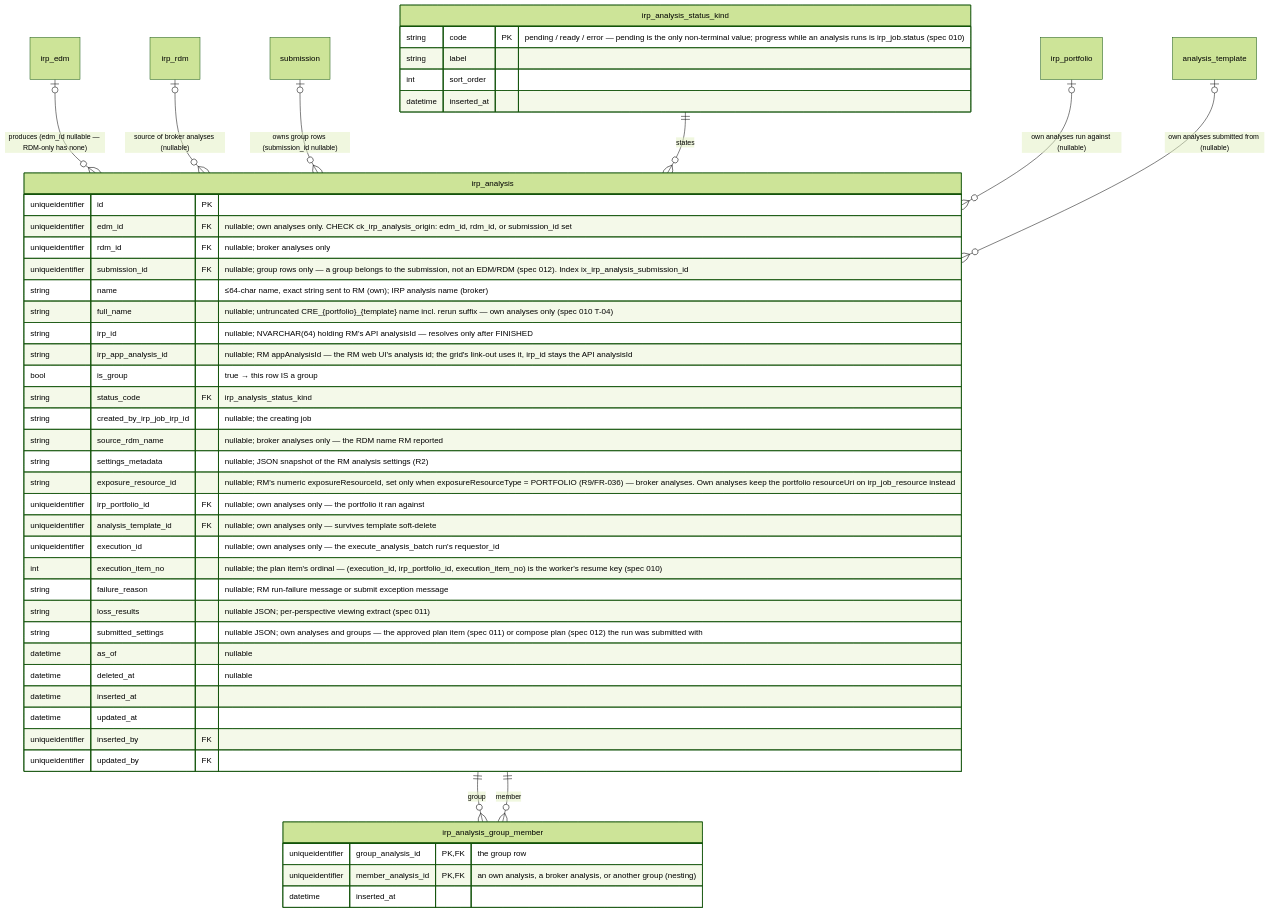
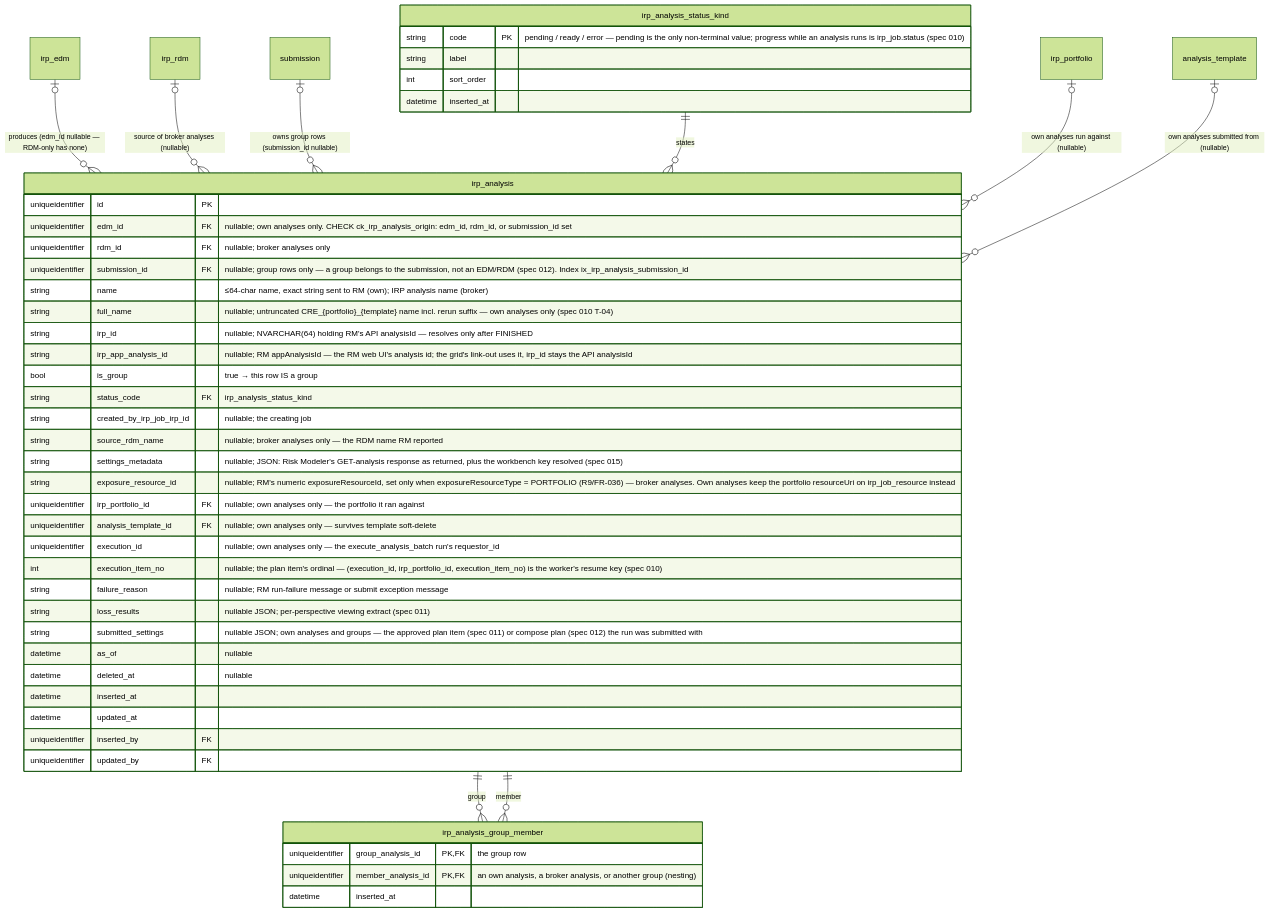
The fourth of 9 diagrams in docs/DATA_MODEL.md (anilvenugopal/risk-workbench), drawn with Mermaid (forest theme) before and after one commit. The commit also changed other lines of this file and 2 other files, not shown here.

First line of the commit message:
Document settings_metadata.resolved and record the sandbox check

````diff
--- a/docs/DATA_MODEL.md
+++ b/docs/DATA_MODEL.md
@@ -293,53 +293,53 @@
 ```mermaid
 erDiagram
   irp_edm |o--o{ irp_analysis : "produces (edm_id nullable — RDM-only has none)"
   irp_rdm |o--o{ irp_analysis : "source of broker analyses (nullable)"
   submission |o--o{ irp_analysis : "owns group rows (submission_id nullable)"
   irp_analysis ||--o{ irp_analysis_group_member : "group"
   irp_analysis ||--o{ irp_analysis_group_member : "member"
   irp_analysis_status_kind ||--o{ irp_analysis : states
 
   irp_portfolio |o--o{ irp_analysis : "own analyses run against (nullable)"
   analysis_template |o--o{ irp_analysis : "own analyses submitted from (nullable)"
 
   irp_analysis {
     uniqueidentifier id PK
     uniqueidentifier edm_id FK "nullable; own analyses only. CHECK ck_irp_analysis_origin: edm_id, rdm_id, or submission_id set"
     uniqueidentifier rdm_id FK "nullable; broker analyses only"
     uniqueidentifier submission_id FK "nullable; group rows only — a group belongs to the submission, not an EDM/RDM (spec 012). Index ix_irp_analysis_submission_id"
     string name "≤64-char name, exact string sent to RM (own); IRP analysis name (broker)"
     string full_name "nullable; untruncated CRE_{portfolio}_{template} name incl. rerun suffix — own analyses only (spec 010 T-04)"
     string irp_id "nullable; NVARCHAR(64) holding RM's API analysisId — resolves only after FINISHED"
     string irp_app_analysis_id "nullable; RM appAnalysisId — the RM web UI's analysis id; the grid's link-out uses it, irp_id stays the API analysisId"
     bool is_group "true → this row IS a group"
     string status_code FK "irp_analysis_status_kind"
     string created_by_irp_job_irp_id "nullable; the creating job"
     string source_rdm_name "nullable; broker analyses only — the RDM name RM reported"
-    string settings_metadata "nullable; JSON snapshot of the RM analysis settings (R2)"
+    string settings_metadata "nullable; JSON: Risk Modeler's GET-analysis response as returned, plus the workbench key resolved (spec 015)"
     string exposure_resource_id "nullable; RM's numeric exposureResourceId, set only when exposureResourceType = PORTFOLIO (R9/FR-036) — broker analyses. Own analyses keep the portfolio resourceUri on irp_job_resource instead"
     uniqueidentifier irp_portfolio_id FK "nullable; own analyses only — the portfolio it ran against"
     uniqueidentifier analysis_template_id FK "nullable; own analyses only — survives template soft-delete"
     uniqueidentifier execution_id "nullable; own analyses only — the execute_analysis_batch run's requestor_id"
     int execution_item_no "nullable; the plan item's ordinal — (execution_id, irp_portfolio_id, execution_item_no) is the worker's resume key (spec 010)"
     string failure_reason "nullable; RM run-failure message or submit exception message"
     string loss_results "nullable JSON; per-perspective viewing extract (spec 011)"
     string submitted_settings "nullable JSON; own analyses and groups — the approved plan item (spec 011) or compose plan (spec 012) the run was submitted with"
     datetime as_of "nullable"
     datetime deleted_at "nullable"
     datetime inserted_at
     datetime updated_at
     uniqueidentifier inserted_by FK
     uniqueidentifier updated_by FK
   }
   irp_analysis_status_kind {
     string code PK "pending / ready / error — pending is the only non-terminal value; progress while an analysis runs is irp_job.status (spec 010)"
     string label
     int sort_order
     datetime inserted_at
   }
   irp_analysis_group_member {
     uniqueidentifier group_analysis_id PK,FK "the group row"
     uniqueidentifier member_analysis_id PK,FK "an own analysis, a broker analysis, or another group (nesting)"
     datetime inserted_at
   }
 ```
````
